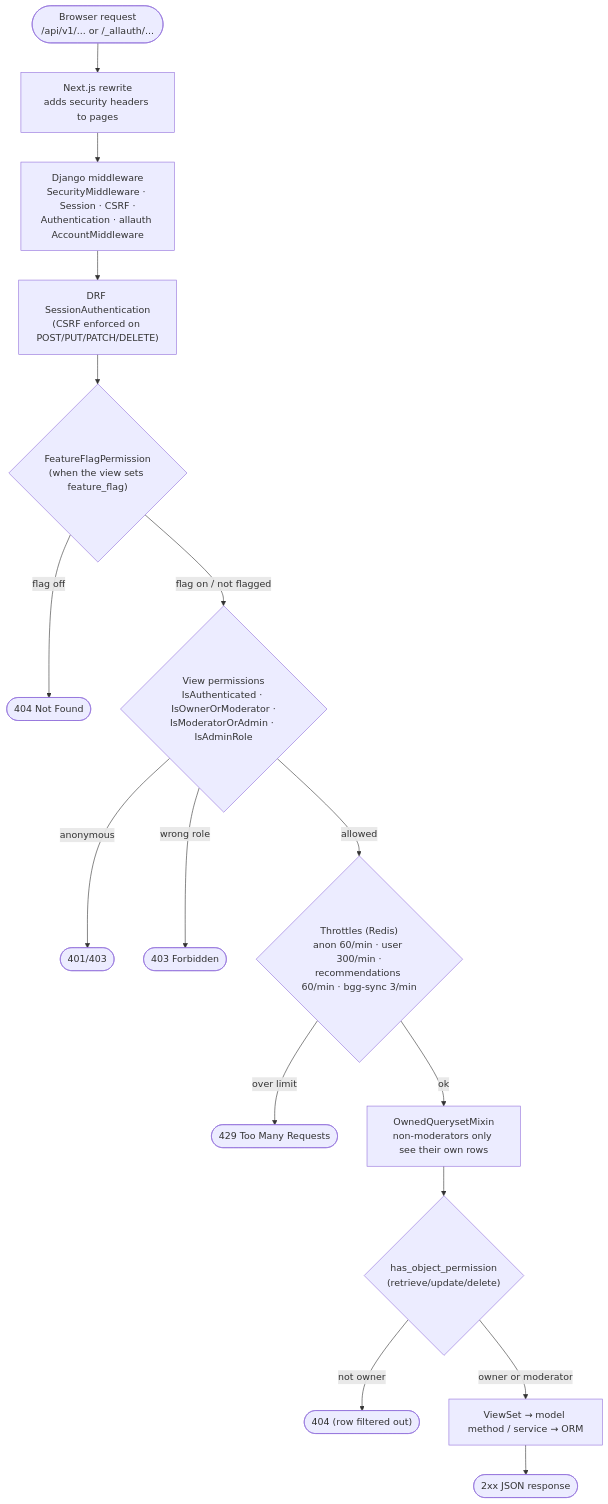
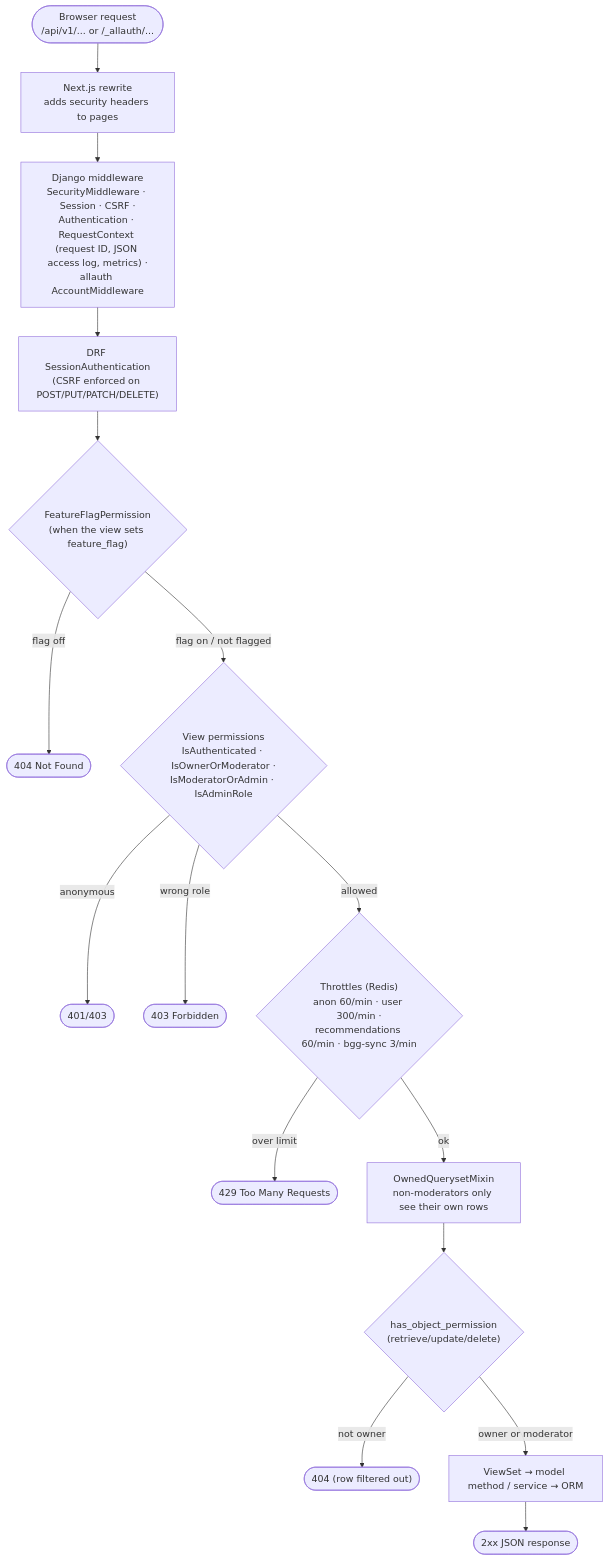
Before and after one commit to CS598SeniorDesign/CS598-Project: the eighth of 13 diagrams in docs/ARCHITECTURE.md, drawn with Mermaid. The commit also changed other lines of this file and 32 other files, not shown here.

````diff
--- a/docs/ARCHITECTURE.md
+++ b/docs/ARCHITECTURE.md
@@ -589,18 +593,18 @@
 ```mermaid
 flowchart TD
     req(["Browser request<br/>/api/v1/... or /_allauth/..."]) --> next["Next.js rewrite<br/>adds security headers to pages"]
-    next --> mw["Django middleware<br/>SecurityMiddleware · Session · CSRF ·<br/>Authentication · allauth AccountMiddleware"]
+    next --> mw["Django middleware<br/>SecurityMiddleware · Session · CSRF ·<br/>Authentication · RequestContext (request ID, JSON access log, metrics) ·<br/>allauth AccountMiddleware"]
     mw --> auth["DRF SessionAuthentication<br/>(CSRF enforced on POST/PUT/PATCH/DELETE)"]
     auth --> ff{"FeatureFlagPermission<br/>(when the view sets feature_flag)"}
     ff -- "flag off" --> e404(["404 Not Found"])
     ff -- "flag on / not flagged" --> perm{"View permissions<br/>IsAuthenticated · IsOwnerOrModerator ·<br/>IsModeratorOrAdmin · IsAdminRole"}
     perm -- "anonymous" --> e401(["401/403"])
     perm -- "wrong role" --> e403(["403 Forbidden"])
     perm -- "allowed" --> thr{"Throttles (Redis)<br/>anon 60/min · user 300/min ·<br/>recommendations 60/min · bgg-sync 3/min"}
     thr -- "over limit" --> e429(["429 Too Many Requests"])
     thr -- "ok" --> qs["OwnedQuerysetMixin<br/>non-moderators only see their own rows"]
     qs --> obj{"has_object_permission<br/>(retrieve/update/delete)"}
     obj -- "not owner" --> e404b(["404 (row filtered out)"])
     obj -- "owner or moderator" --> view["ViewSet → model method / service → ORM"]
     view --> resp(["2xx JSON response"])
 ```
````
